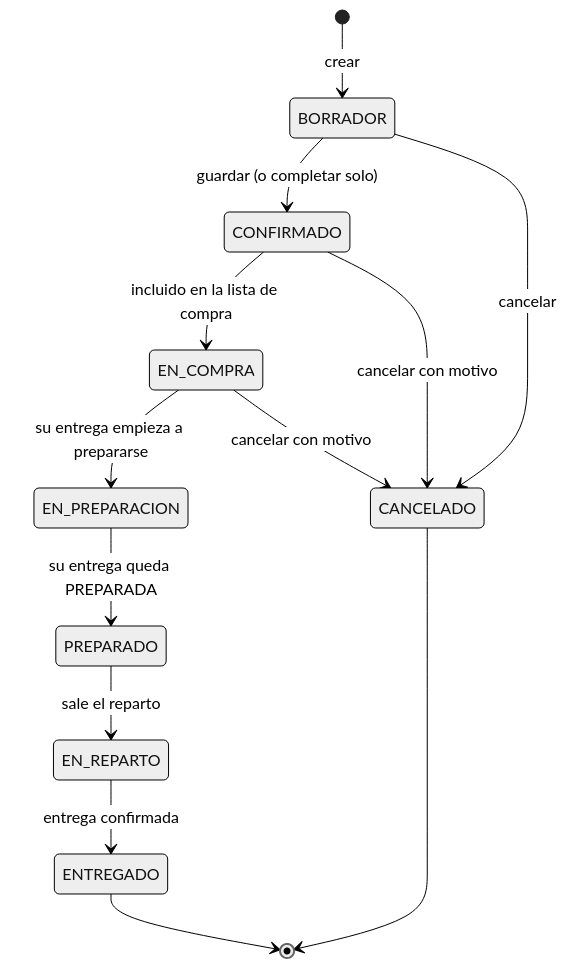
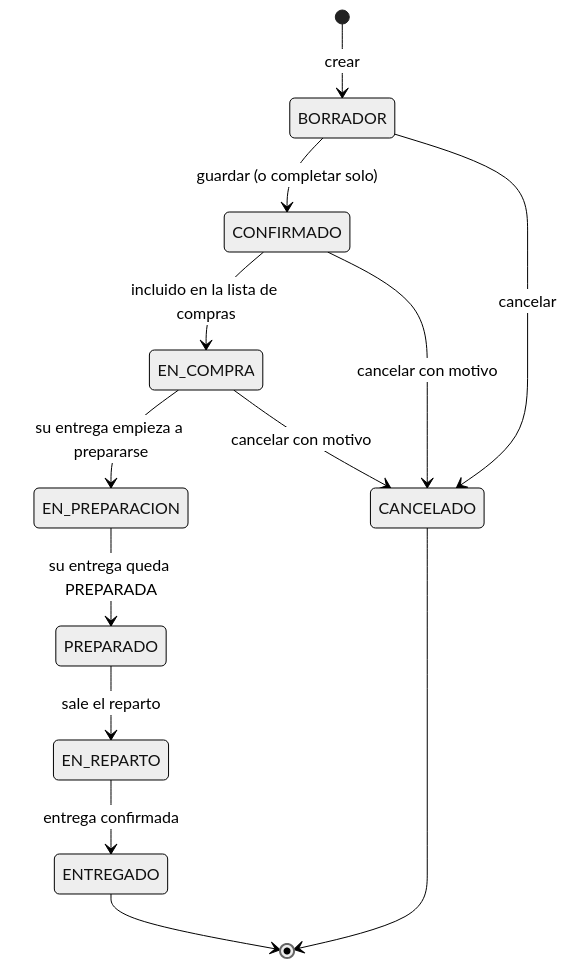
Before and after one commit to Facumirande/sistema-juan: the fourth of 8 diagrams in docs/plan/04-procesos-y-flujos.md, drawn with Mermaid (neutral theme). The commit also changed other lines of this file and 69 other files, not shown here.

````diff
--- a/docs/plan/04-procesos-y-flujos.md
+++ b/docs/plan/04-procesos-y-flujos.md
@@ -290,15 +286,15 @@
 ```mermaid
 stateDiagram-v2
     [*] --> BORRADOR : crear
     BORRADOR --> CONFIRMADO : guardar (o completar solo)
-    CONFIRMADO --> EN_COMPRA : incluido en la lista de compra
+    CONFIRMADO --> EN_COMPRA : incluido en la lista de compras
     EN_COMPRA --> EN_PREPARACION : su entrega empieza a prepararse
     EN_PREPARACION --> PREPARADO : su entrega queda PREPARADA
     PREPARADO --> EN_REPARTO : sale el reparto
     EN_REPARTO --> ENTREGADO : entrega confirmada
     BORRADOR --> CANCELADO : cancelar
     CONFIRMADO --> CANCELADO : cancelar con motivo
     EN_COMPRA --> CANCELADO : cancelar con motivo
     ENTREGADO --> [*]
     CANCELADO --> [*]
 ```
````
